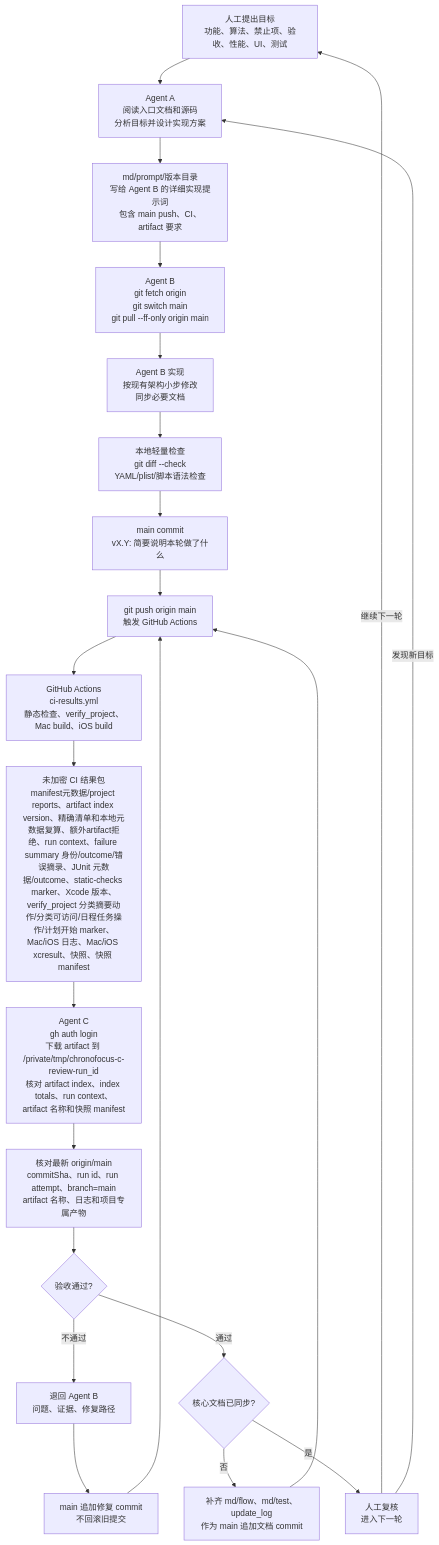
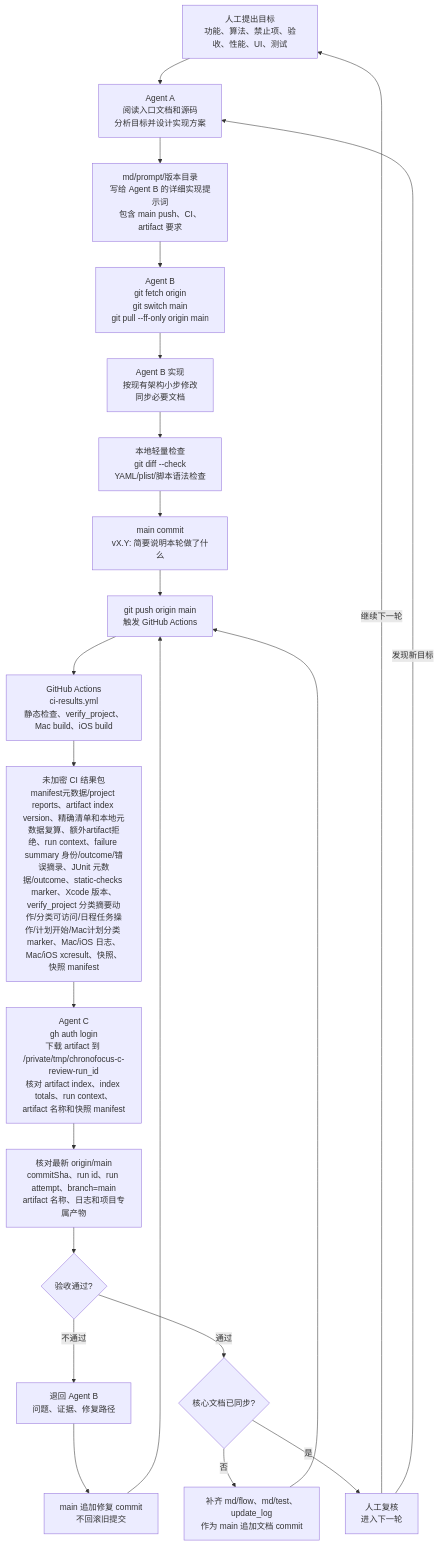
One commit to Altman-sam114/114 changed the fifth of 6 diagrams in md/flow/flowchart.md. Above: the diagram before and after it, drawn with Mermaid. The commit also changed other lines of this file and 8 other files, not shown here.

````diff
--- a/md/flow/flowchart.md
+++ b/md/flow/flowchart.md
@@ -102,24 +102,24 @@
 ```mermaid
 flowchart TD
   H["人工提出目标<br/>功能、算法、禁止项、验收、性能、UI、测试"] --> A["Agent A<br/>阅读入口文档和源码<br/>分析目标并设计实现方案"]
   A --> P["md/prompt/版本目录<br/>写给 Agent B 的详细实现提示词<br/>包含 main push、CI、artifact 要求"]
   P --> B0["Agent B<br/>git fetch origin<br/>git switch main<br/>git pull --ff-only origin main"]
   B0 --> B1["Agent B 实现<br/>按现有架构小步修改<br/>同步必要文档"]
   B1 --> L["本地轻量检查<br/>git diff --check<br/>YAML/plist/脚本语法检查"]
   L --> G["main commit<br/>vX.Y: 简要说明本轮做了什么"]
   G --> PUSH["git push origin main<br/>触发 GitHub Actions"]
   PUSH --> CI["GitHub Actions<br/>ci-results.yml<br/>静态检查、verify_project、Mac build、iOS build"]
-  CI --> ART["未加密 CI 结果包<br/>manifest元数据/project reports、artifact index version、精确清单和本地元数据复算、额外artifact拒绝、run context、failure summary 身份/outcome/错误摘录、JUnit 元数据/outcome、static-checks marker、Xcode 版本、verify_project 分类摘要动作/分类可访问/日程任务操作/计划开始 marker、Mac/iOS 日志、Mac/iOS xcresult、快照、快照 manifest"]
+  CI --> ART["未加密 CI 结果包<br/>manifest元数据/project reports、artifact index version、精确清单和本地元数据复算、额外artifact拒绝、run context、failure summary 身份/outcome/错误摘录、JUnit 元数据/outcome、static-checks marker、Xcode 版本、verify_project 分类摘要动作/分类可访问/日程任务操作/计划开始/Mac计划分类 marker、Mac/iOS 日志、Mac/iOS xcresult、快照、快照 manifest"]
   ART --> C["Agent C<br/>gh auth login<br/>下载 artifact 到 /private/tmp/chronofocus-c-review-run_id<br/>核对 artifact index、index totals、run context、artifact 名称和快照 manifest"]
   C --> V["核对最新 origin/main<br/>commitSha、run id、run attempt、branch=main<br/>artifact 名称、日志和项目专属产物"]
   V --> PASS{"验收通过?"}
   PASS -->|不通过| BACK["退回 Agent B<br/>问题、证据、修复路径"]
   BACK --> FIX["main 追加修复 commit<br/>不回滚旧提交"]
   FIX --> PUSH
   PASS -->|通过| DOC{"核心文档已同步?"}
   DOC -->|否| D["补齐 md/flow、md/test、update_log<br/>作为 main 追加文档 commit"]
   D --> PUSH
   DOC -->|是| J["人工复核<br/>进入下一轮"]
   J -->|继续下一轮| H
   J -->|发现新目标| A
 ```
````
